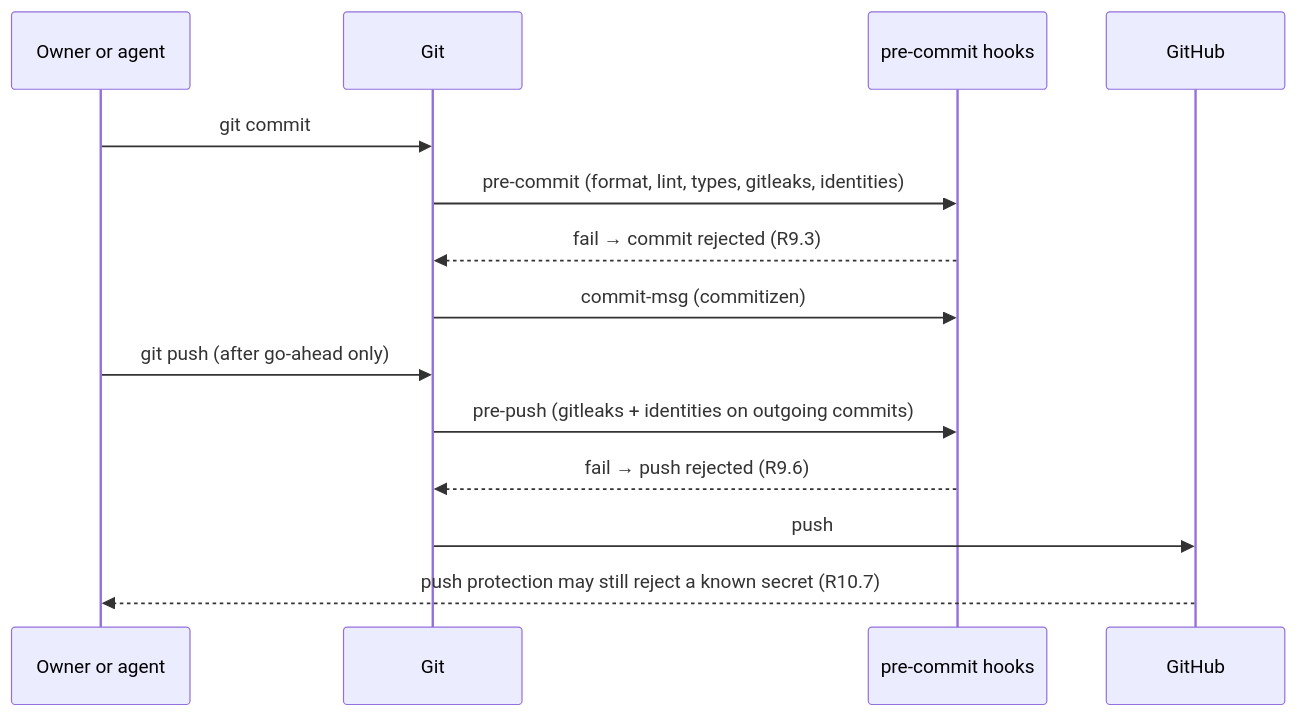
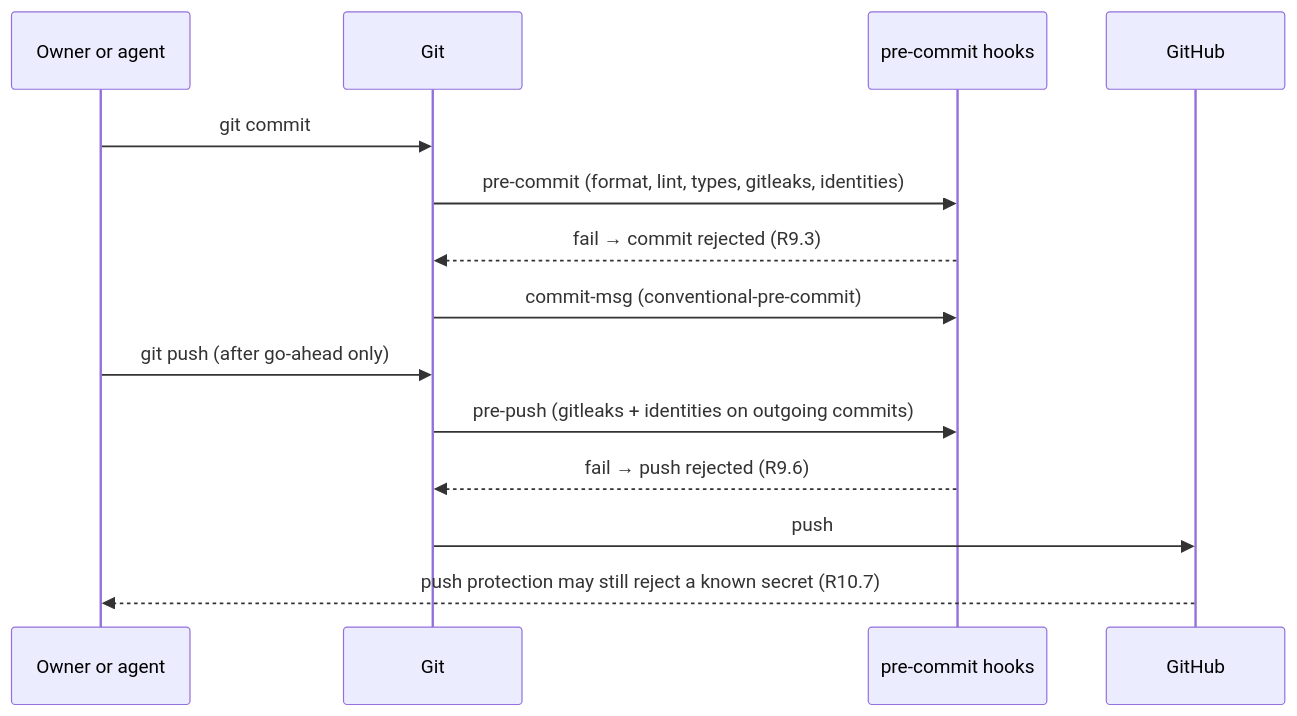
One commit to cpav/fantadamus changed the third of 7 diagrams in .kiro/specs/engineering-foundation/design.md. Above: the diagram before and after it, drawn with Mermaid. The commit also changed other lines of this file and 9 other files, not shown here.

````diff
--- a/.kiro/specs/engineering-foundation/design.md
+++ b/.kiro/specs/engineering-foundation/design.md
@@ -383,16 +384,16 @@
 ```mermaid
 sequenceDiagram
   participant Dev as Owner or agent
   participant Git
   participant PC as pre-commit hooks
   participant GH as GitHub
   Dev->>Git: git commit
   Git->>PC: pre-commit (format, lint, types, gitleaks, identities)
   PC-->>Git: fail → commit rejected (R9.3)
-  Git->>PC: commit-msg (commitizen)
+  Git->>PC: commit-msg (conventional-pre-commit)
   Dev->>Git: git push (after go-ahead only)
   Git->>PC: pre-push (gitleaks + identities on outgoing commits)
   PC-->>Git: fail → push rejected (R9.6)
   Git->>GH: push
   GH-->>Dev: push protection may still reject a known secret (R10.7)
 ```
````
